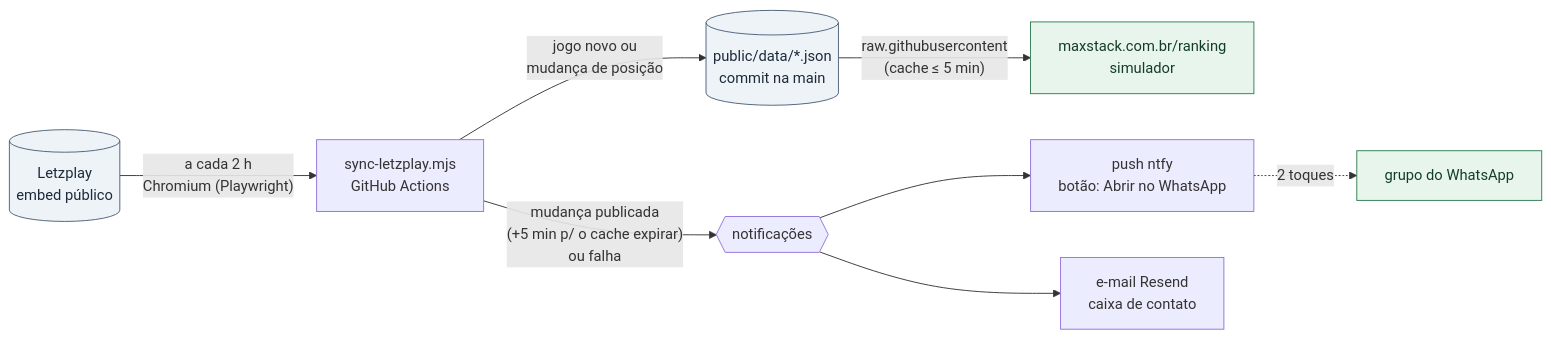
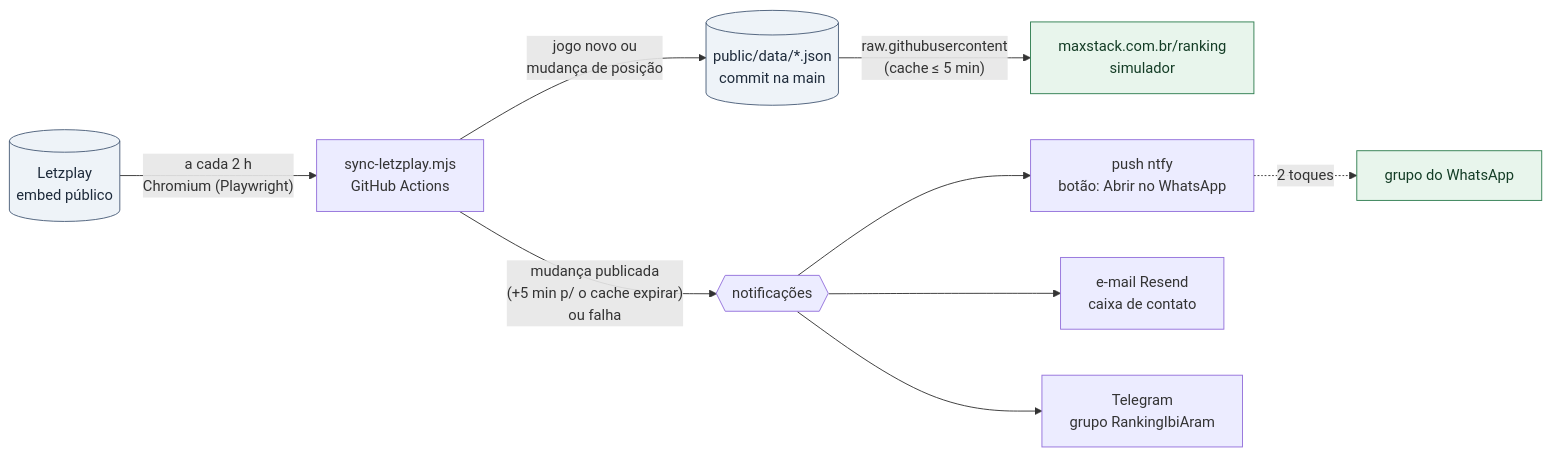
The diagram in README.md (maxstackbr/simulador-master), drawn with Mermaid before and after one commit. The commit also changed other lines of this file and 6 other files, not shown here.

````diff
--- a/README.md
+++ b/README.md
@@ -20,14 +20,15 @@
 ```mermaid
 flowchart LR
   L[("Letzplay<br/>embed público")] -->|"a cada 2 h<br/>Chromium (Playwright)"| S["sync-letzplay.mjs<br/>GitHub Actions"]
   S -->|"jogo novo ou<br/>mudança de posição"| D[("public/data/*.json<br/>commit na main")]
   D -->|"raw.githubusercontent<br/>(cache ≤ 5 min)"| W["maxstack.com.br/ranking<br/>simulador"]
   S -->|"mudança publicada<br/>(+5 min p/ o cache expirar)<br/>ou falha"| N{{"notificações"}}
   N --> P["push ntfy<br/>botão: Abrir no WhatsApp"]
   N --> E["e-mail Resend<br/>caixa de contato"]
+  N --> T["Telegram<br/>grupo RankingIbiAram"]
   P -.->|"2 toques"| G["grupo do WhatsApp"]
   classDef data fill:#eef3f8,stroke:#4a5d78,color:#1d2a3a
   classDef out fill:#e8f5ec,stroke:#2e7d4f,color:#143d26
   class L,D data
   class W,G out
 ```
````
